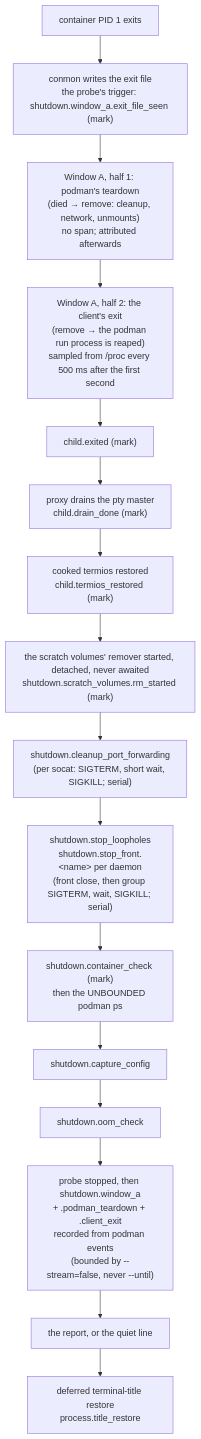
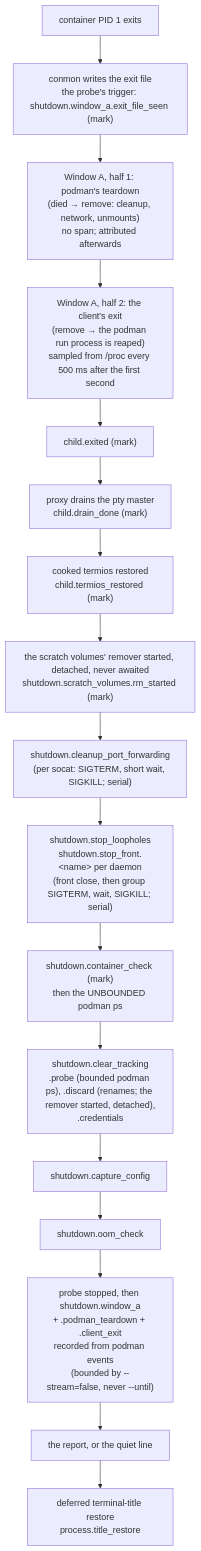
Before and after one commit to kurt-hs/yolo-jail: the diagram in docs/reference/perf-logging.md, drawn with Mermaid. The commit also changed other lines of this file and 5 other files, not shown here.

First line of the commit message:
fix(shutdown): move a gone jail's per-launch trees aside and delete them detached

````diff
--- a/docs/reference/perf-logging.md
+++ b/docs/reference/perf-logging.md
@@ -335,18 +335,19 @@
 ```mermaid
 flowchart TD
     pid1["container PID 1 exits"] --> exitfile["conmon writes the exit file<br/>the probe's trigger: shutdown.window_a.exit_file_seen (mark)"]
     exitfile --> wa["Window A, half 1: podman's teardown<br/>(died → remove: cleanup, network, unmounts)<br/>no span; attributed afterwards"]
     wa --> linger["Window A, half 2: the client's exit<br/>(remove → the podman run process is reaped)<br/>sampled from /proc every 500 ms after the first second"]
     linger --> exited["child.exited (mark)"]
     exited --> drain["proxy drains the pty master<br/>child.drain_done (mark)"]
     drain --> termios["cooked termios restored<br/>child.termios_restored (mark)"]
     termios --> scratch["the scratch volumes' remover started, detached, never awaited<br/>shutdown.scratch_volumes.rm_started (mark)"]
     scratch --> ports["shutdown.cleanup_port_forwarding<br/>(per socat: SIGTERM, short wait, SIGKILL; serial)"]
     ports --> fronts["shutdown.stop_loopholes<br/>shutdown.stop_front.&lt;name&gt; per daemon<br/>(front close, then group SIGTERM, wait, SIGKILL; serial)"]
     fronts --> check["shutdown.container_check (mark)<br/>then the UNBOUNDED podman ps"]
-    check --> capture["shutdown.capture_config"]
+    check --> clear["shutdown.clear_tracking<br/>.probe (bounded podman ps), .discard (renames; the remover started, detached),<br/>.credentials"]
+    clear --> capture["shutdown.capture_config"]
     capture --> oom["shutdown.oom_check"]
     oom --> rec["probe stopped, then shutdown.window_a<br/>+ .podman_teardown + .client_exit<br/>recorded from podman events<br/>(bounded by --stream=false, never --until)"]
     rec --> report["the report, or the quiet line"]
     report --> title["deferred terminal-title restore<br/>process.title_restore"]
 ```
````
